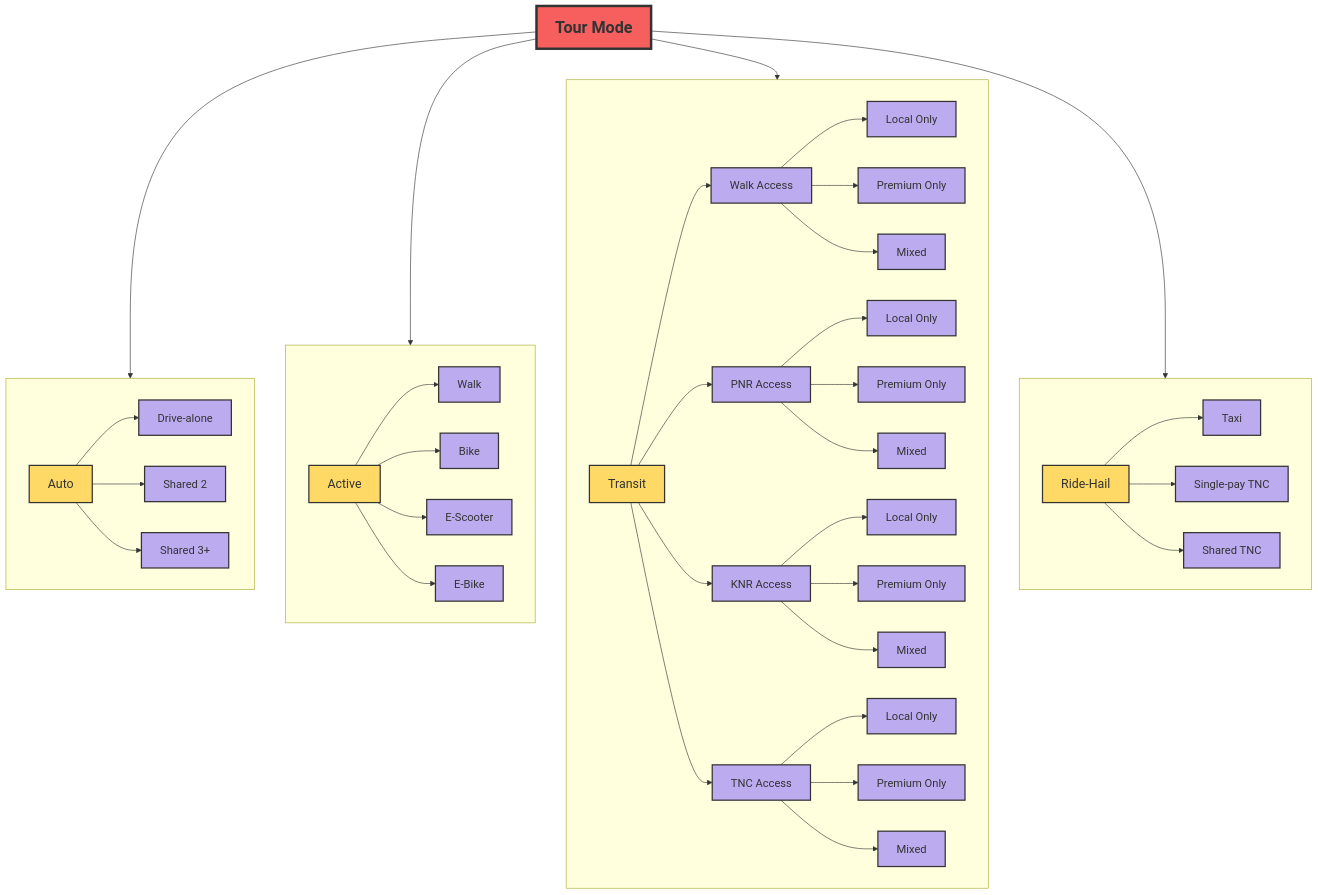
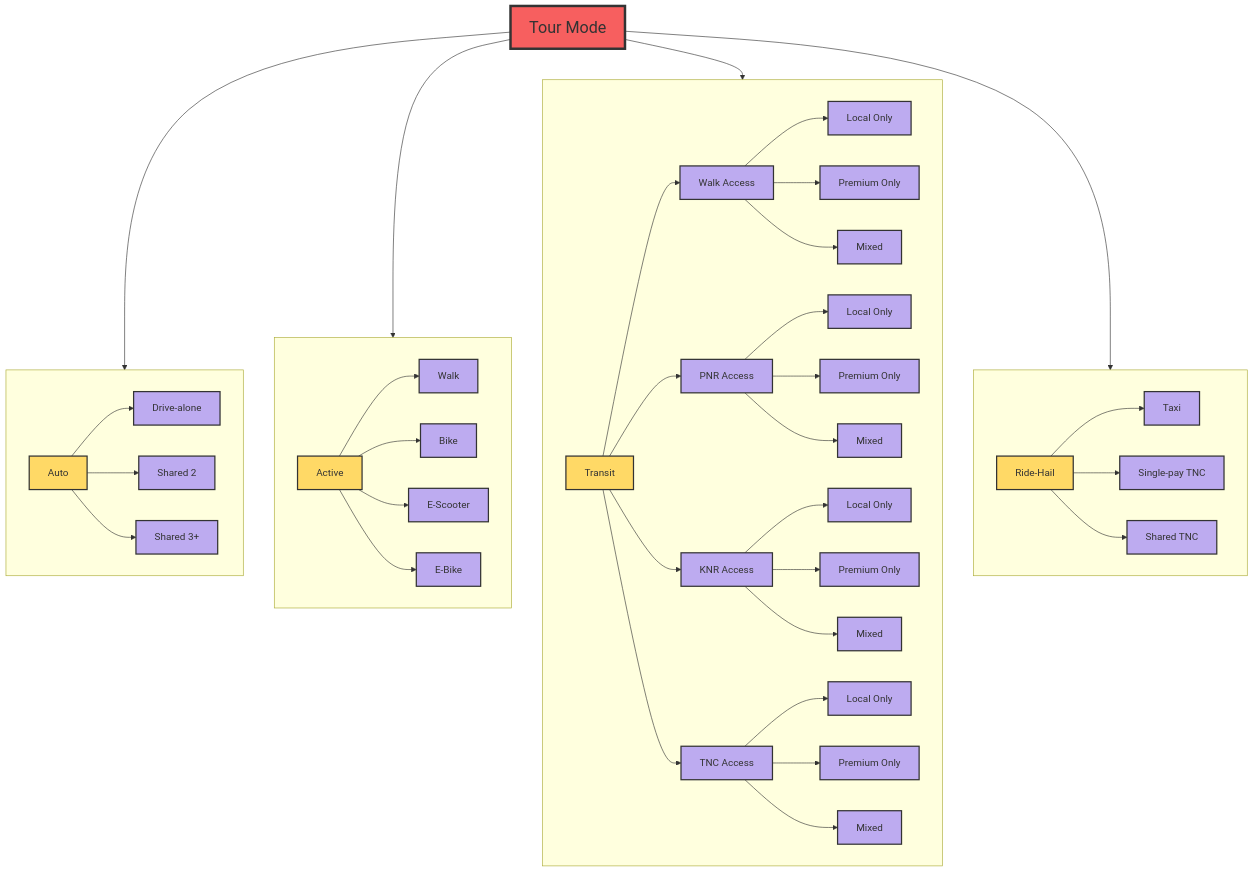
Before and after one commit to SANDAG/ABM: the first of 4 diagrams in docs/design.md, drawn with Mermaid. The commit also changed other lines of this file and 3 other files, not shown here.

Commit message:
updating table of content and wraping flowchart

````diff
--- a/docs/design.md
+++ b/docs/design.md
@@ -42,61 +42,61 @@
 ```mermaid
 flowchart TD
     subgraph four
     direction LR
     E[Ride-Hail] --> E1[Taxi]
     E --> E2[Single-pay TNC]
     E --> E3[Shared TNC];
     end
     subgraph three
     direction LR
     D[Transit] --> D1[Walk Access]
     D --> D2[PNR Access]
     D --> D3[KNR Access]
     D --> D4[TNC Access]
 
     D1 --> D11[Local Only]
     D1 --> D12[Premium Only]
     D1 --> D13[Mixed]
 
     D2 --> D21[Local Only]
     D2 --> D22[Premium Only]
     D2 --> D23[Mixed]
 
     D3 --> D31[Local Only]
     D3 --> D32[Premium Only]
     D3 --> D33[Mixed]
 
     D4 --> D41[Local Only]
     D4 --> D42[Premium Only]
     D4 --> D43[Mixed]
     end
     subgraph two
     direction LR
     C[Active] --> C1[Walk]
     C --> C2[Bike]
     C --> C3[E-Scooter]
     C --> C4[E-Bike]
     end
 
     subgraph one
     direction LR
     B[Auto] --> B1[Drive-alone];
     B --> B2[Shared 2];
     B --> B3[Shared 3+];
     end
     A[Tour Mode] --> one;
     A --> two;
     A --> three;
     A --> four;
 
-    classDef group1 fill:#f75f5f,stroke:#333,stroke-width:4px,font-size:26px,font-weight:bold;
-    classDef group2 fill:#ffd966,stroke:#333,stroke-width:2px,font-size:20px;
-    classDef group3 fill:#bdabf0,stroke:#333,stroke-width:2px,font-size:18px;
+    classDef group1 fill:#f75f5f,stroke:#333,stroke-width:4px,font-size:26px,font-weight:bold;wrap
+    classDef group2 fill:#ffd966,stroke:#333,stroke-width:2px,font-size:20px;wrap
+    classDef group3 fill:#bdabf0,stroke:#333,stroke-width:2px,font-size:18px;wrap
 
     classDef hiddenTitle color:transparent;
     class one,two,three,four hiddenTitle;
 
     class A group1;
     class B,C,D,E group2;
     class B1,B2,B3,C1,C2,C3,C4,D1,D2,D3,D4,E1,E2,E3,D11,D12,D13,D21,D22,D23,D31,D32,D33,D41,D42,D43 group3;
 ```
````
